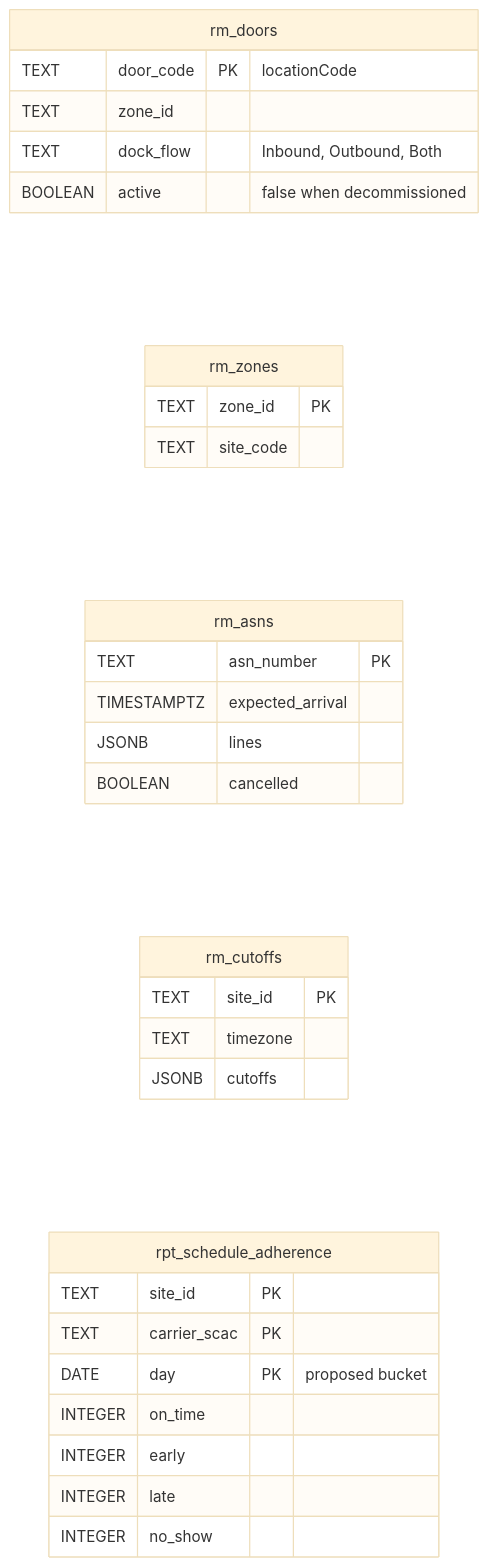
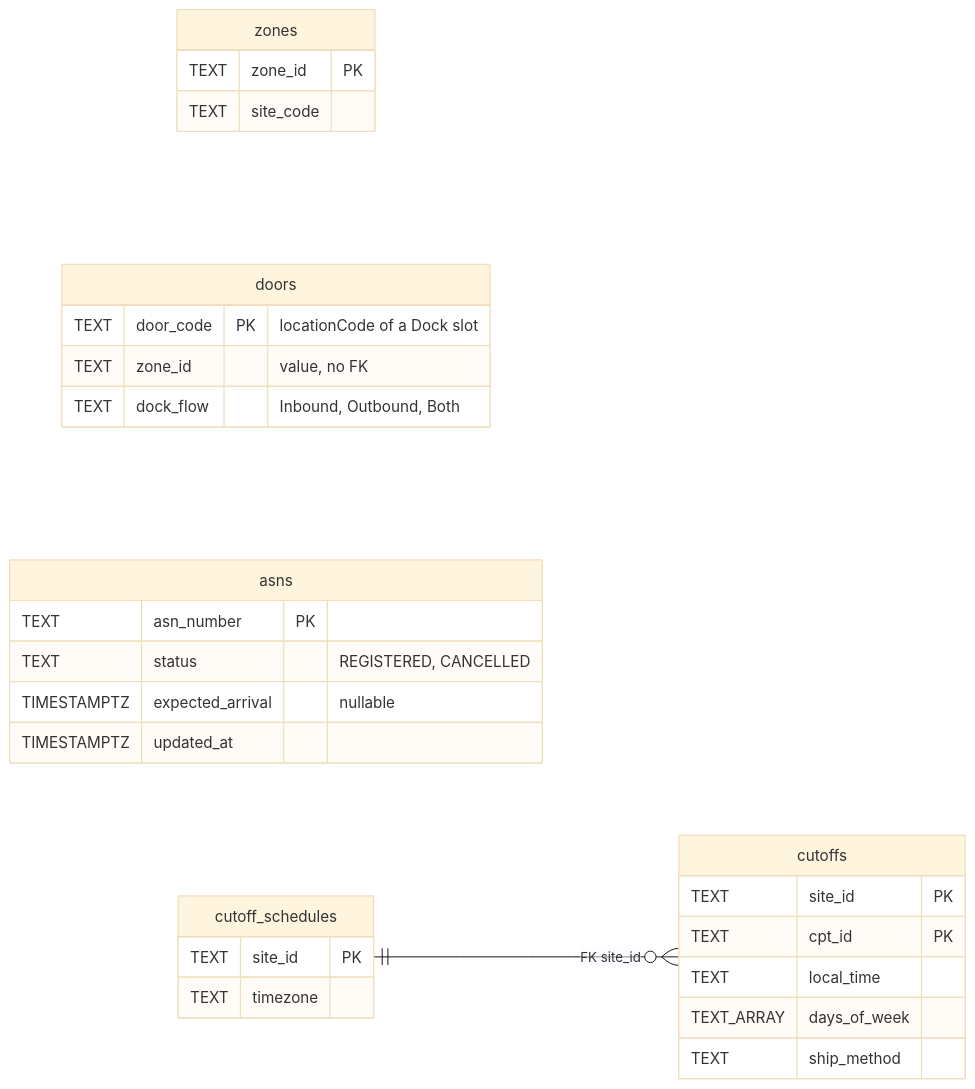
One commit to IQVO/warehouse-docs changed the third of 5 diagrams in yard/docs/contexts/dock-scheduling/entity-relationship.md. Above: the diagram before and after it, drawn with Mermaid (base theme). The commit also changed other lines of this file and 51 other files, not shown here.

````diff
--- a/yard/docs/contexts/dock-scheduling/entity-relationship.md
+++ b/yard/docs/contexts/dock-scheduling/entity-relationship.md
@@ -122,34 +117,31 @@
 ```mermaid
 erDiagram
     direction LR
-    rm_doors {
-        TEXT door_code PK "locationCode"
-        TEXT zone_id
-        TEXT dock_flow "Inbound, Outbound, Both"
-        BOOLEAN active "false when decommissioned"
-    }
-    rm_zones {
+    zones {
         TEXT zone_id PK
         TEXT site_code
     }
-    rm_asns {
+    doors {
+        TEXT door_code PK "locationCode of a Dock slot"
+        TEXT zone_id "value, no FK"
+        TEXT dock_flow "Inbound, Outbound, Both"
+    }
+    asns {
         TEXT asn_number PK
-        TIMESTAMPTZ expected_arrival
-        JSONB lines
-        BOOLEAN cancelled
+        TEXT status "REGISTERED, CANCELLED"
+        TIMESTAMPTZ expected_arrival "nullable"
+        TIMESTAMPTZ updated_at
     }
-    rm_cutoffs {
+    cutoff_schedules ||--o{ cutoffs : "FK site_id"
+    cutoff_schedules {
         TEXT site_id PK
         TEXT timezone
-        JSONB cutoffs
     }
-    rpt_schedule_adherence {
+    cutoffs {
         TEXT site_id PK
-        TEXT carrier_scac PK
-        DATE day PK "proposed bucket"
-        INTEGER on_time
-        INTEGER early
-        INTEGER late
-        INTEGER no_show
+        TEXT cpt_id PK
+        TEXT local_time
+        TEXT_ARRAY days_of_week
+        TEXT ship_method
     }
 ```
````
